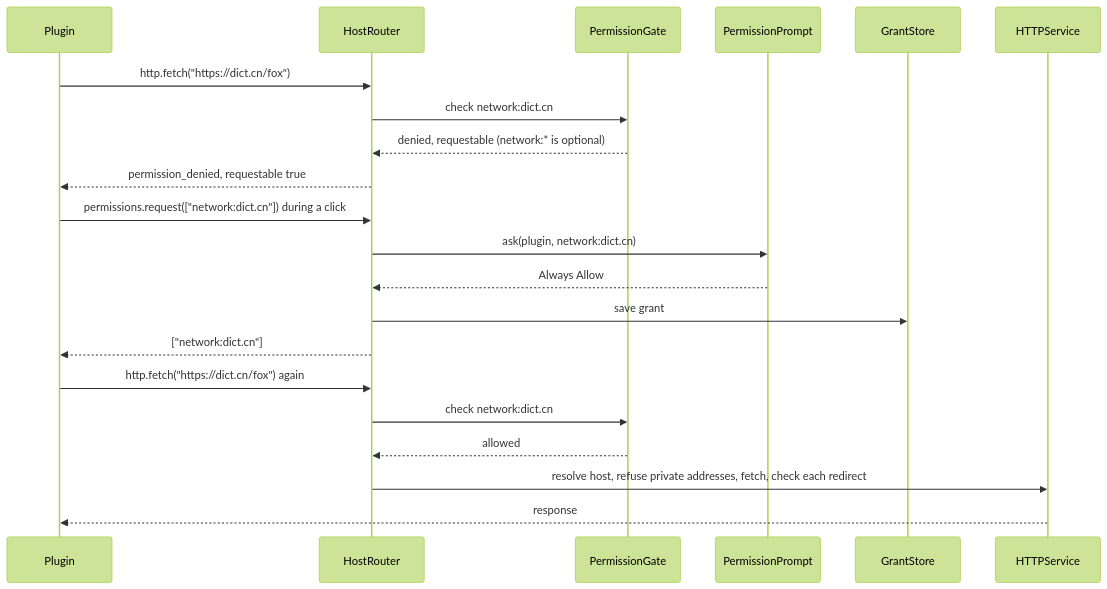
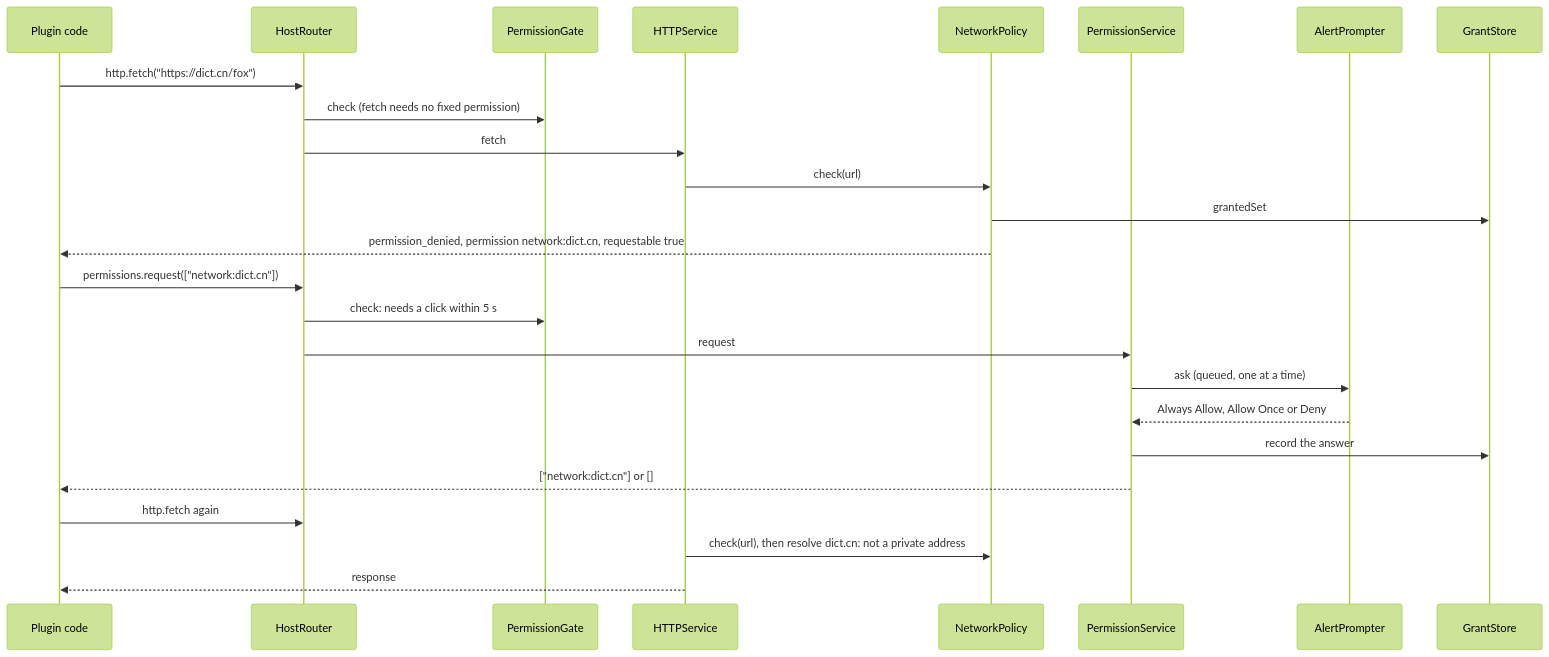
The second of 2 diagrams in docs/design/plugin-platform/04-permissions-and-security.md (mx-in/ODH), drawn with Mermaid (forest theme) before and after one commit. The commit also changed other lines of this file and 3 other files, not shown here.

First line of the commit message:
docs(design): draw the host services and permissions as built in task-006

````diff
--- a/docs/design/plugin-platform/04-permissions-and-security.md
+++ b/docs/design/plugin-platform/04-permissions-and-security.md
@@ -143,23 +181,27 @@
 ```mermaid
 sequenceDiagram
-  participant P as Plugin
+  participant P as Plugin code
   participant Router as HostRouter
   participant Gate as PermissionGate
-  participant Prompt as PermissionPrompt
+  participant HTTP as HTTPService
+  participant Policy as NetworkPolicy
+  participant Perm as PermissionService
+  participant Prompt as AlertPrompter
   participant Store as GrantStore
-  participant HTTP as HTTPService
   P->>Router: http.fetch("https://dict.cn/fox")
-  Router->>Gate: check network:dict.cn
-  Gate-->>Router: denied, requestable (network:* is optional)
-  Router-->>P: permission_denied, requestable true
-  P->>Router: permissions.request(["network:dict.cn"]) during a click
-  Router->>Prompt: ask(plugin, network:dict.cn)
-  Prompt-->>Router: Always Allow
-  Router->>Store: save grant
-  Router-->>P: ["network:dict.cn"]
-  P->>Router: http.fetch("https://dict.cn/fox") again
-  Router->>Gate: check network:dict.cn
-  Gate-->>Router: allowed
-  Router->>HTTP: resolve host, refuse private addresses, fetch, check each redirect
+  Router->>Gate: check (fetch needs no fixed permission)
+  Router->>HTTP: fetch
+  HTTP->>Policy: check(url)
+  Policy->>Store: grantedSet
+  Policy-->>P: permission_denied, permission network:dict.cn, requestable true
+  P->>Router: permissions.request(["network:dict.cn"])
+  Router->>Gate: check: needs a click within 5 s
+  Router->>Perm: request
+  Perm->>Prompt: ask (queued, one at a time)
+  Prompt-->>Perm: Always Allow, Allow Once or Deny
+  Perm->>Store: record the answer
+  Perm-->>P: ["network:dict.cn"] or []
+  P->>Router: http.fetch again
+  HTTP->>Policy: check(url), then resolve dict.cn: not a private address
   HTTP-->>P: response
 ```
````
